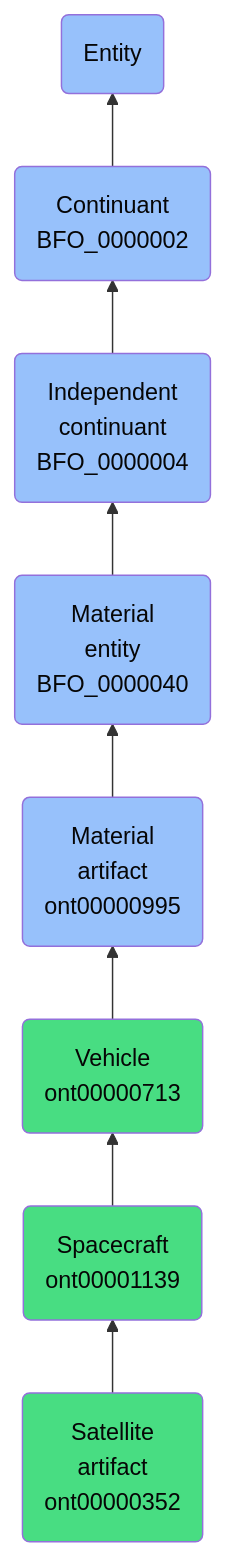
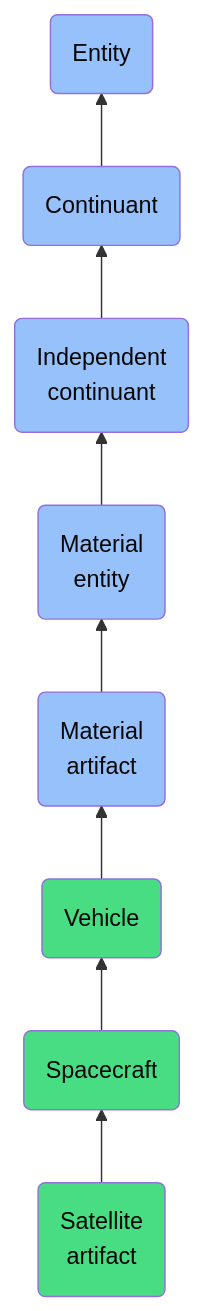
The diagram in docs/ontology/reference/model/Entity/Continuant/Independent continuant/Material entity/Material artifact/Vehicle/Spacecraft/Satellite artifact/Satellite artifact.md (jupyter-naas/abi), drawn with Mermaid before and after one commit. The commit also changed other lines of this file and 1430 other files, not shown here.

````diff
--- a/docs/ontology/reference/model/Entity/Continuant/Independent continuant/Material entity/Material artifact/Vehicle/Spacecraft/Satellite artifact/Satellite artifact.md
+++ b/docs/ontology/reference/model/Entity/Continuant/Independent continuant/Material entity/Material artifact/Vehicle/Spacecraft/Satellite artifact/Satellite artifact.md
@@ -24,15 +24,15 @@
 ```mermaid
 graph BT
-    ont00000352(Satellite<br>artifact<br>ont00000352):::ABI-->ont00001139
-    ont00001139(Spacecraft<br>ont00001139):::ABI-->ont00000713
-    ont00000713(Vehicle<br>ont00000713):::ABI-->ont00000995
-    ont00000995(Material<br>artifact<br>ont00000995):::BFO-->BFO_0000040
-    BFO_0000040(Material<br>entity<br>BFO_0000040):::BFO-->BFO_0000004
-    BFO_0000004(Independent<br>continuant<br>BFO_0000004):::BFO-->BFO_0000002
-    BFO_0000002(Continuant<br>BFO_0000002):::BFO-->BFO_0000001
+    ont00000352(Satellite<br>artifact):::ABI-->ont00001139
+    ont00001139(Spacecraft):::ABI-->ont00000713
+    ont00000713(Vehicle):::ABI-->ont00000995
+    ont00000995(Material<br>artifact):::BFO-->BFO_0000040
+    BFO_0000040(Material<br>entity):::BFO-->BFO_0000004
+    BFO_0000004(Independent<br>continuant):::BFO-->BFO_0000002
+    BFO_0000002(Continuant):::BFO-->BFO_0000001
     BFO_0000001(Entity):::BFO
     
     classDef BFO fill:#97c1fb,color:#060606
     classDef CCO fill:#e4c51e,color:#060606
     classDef ABI fill:#48DD82,color:#060606
 ```
````
